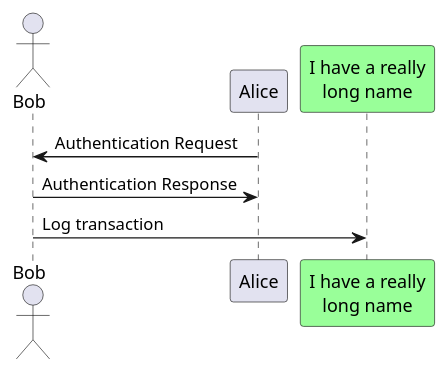
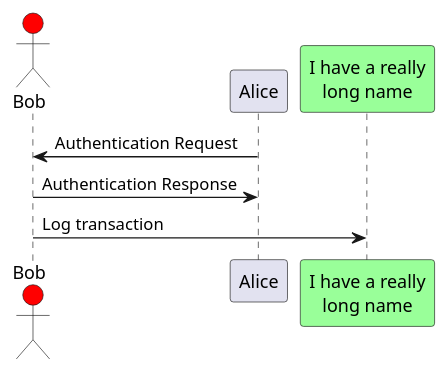
Before and after one commit to parksanghoon-sys/ProgrammingStudy: the diagram in Etc/Car_Class_Diagram.puml, drawn with PlantUML. The commit also changed 8 other files, not shown here.

```diff
--- a/Etc/Car_Class_Diagram.puml
+++ b/Etc/Car_Class_Diagram.puml
@@ -1,13 +1,13 @@
 @startuml
-actor Bob 
+actor Bob #Red
 ' The only difference between actor
 'and participant is the drawing
 participant Alice
 participant "I have a really\nlong name" as L #99FF99
 /' You can also declare:
 participant L as "I have a really\nlong name" #99FF99
 '/
 Alice->Bob: Authentication Request
 Bob->Alice: Authentication Response
 Bob->L: Log transaction
 @enduml
```
